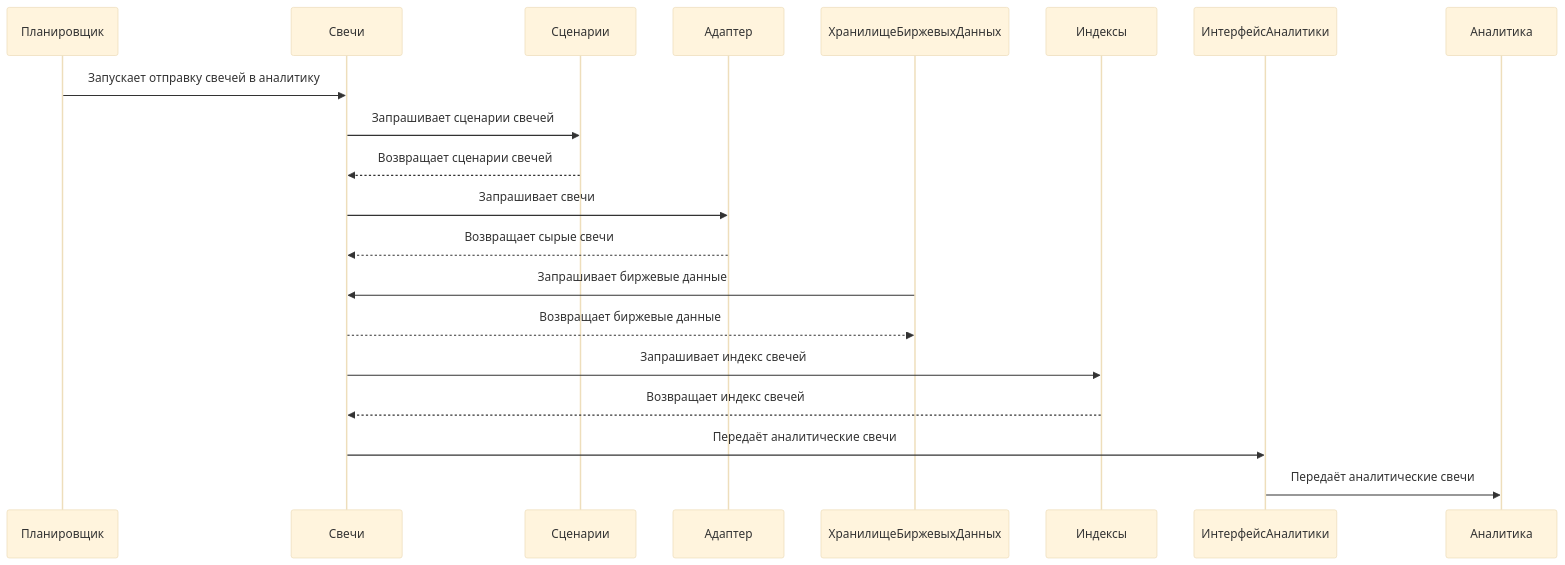
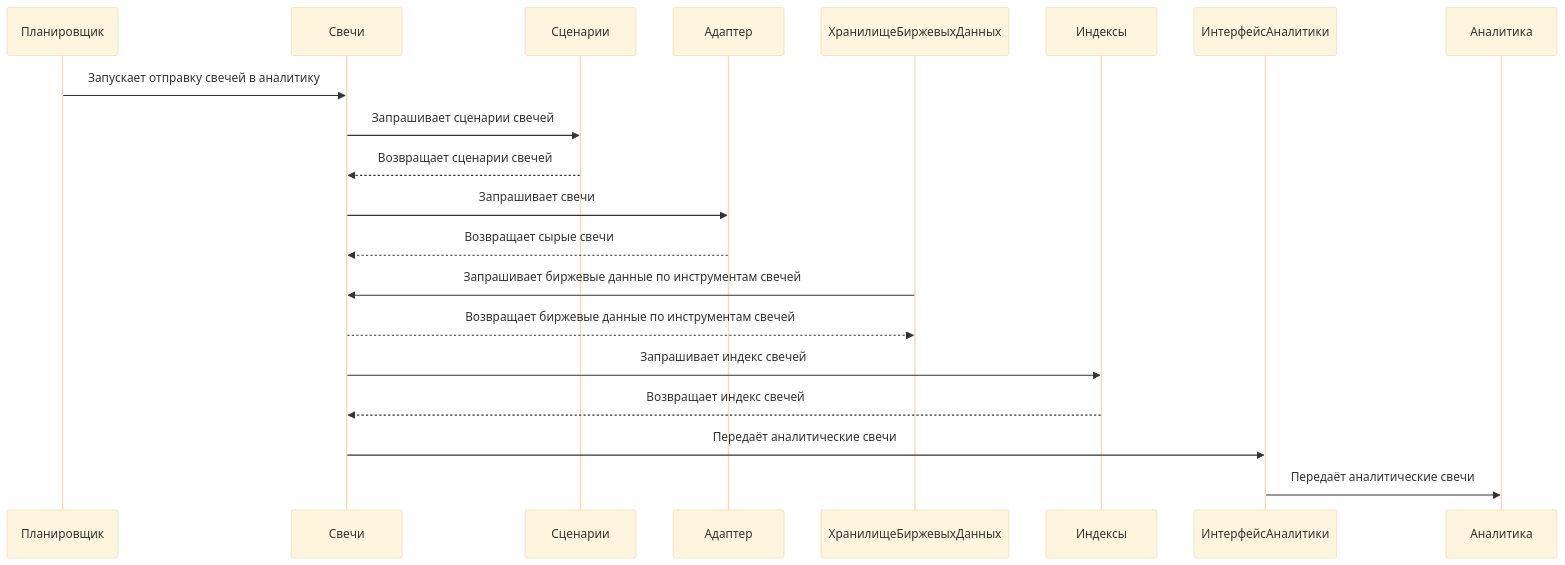
Before and after one commit to Marat22/MiriadRobotDocs: diagram 11 of 15 in controller-logic.md, drawn with Mermaid (base theme).

Commit message:
В процессе `Свечи` указал, что биржевые данные передаются по инструментам свеч

````diff
--- a/controller-logic.md
+++ b/controller-logic.md
@@ -322,14 +322,14 @@
 ```mermaid
 sequenceDiagram
     Планировщик->>Свечи: Запускает отправку свечей в аналитику
     Свечи->>Сценарии: Запрашивает сценарии свечей
     Сценарии-->>Свечи: Возвращает сценарии свечей
     Свечи->>Адаптер: Запрашивает свечи
     Адаптер-->>Свечи: Возвращает сырые свечи
-    ХранилищеБиржевыхДанных->>Свечи: Запрашивает биржевые данные
-    Свечи-->>ХранилищеБиржевыхДанных: Возвращает биржевые данные
+    ХранилищеБиржевыхДанных->>Свечи: Запрашивает биржевые данные по инструментам свечей
+    Свечи-->>ХранилищеБиржевыхДанных: Возвращает биржевые данные по инструментам свечей
     Свечи->>Индексы: Запрашивает индекс свечей
     Индексы-->>Свечи: Возвращает индекс свечей
     Свечи->>ИнтерфейсАналитики: Передаёт аналитические свечи
     ИнтерфейсАналитики->>Аналитика: Передаёт аналитические свечи
 ``` 
````
